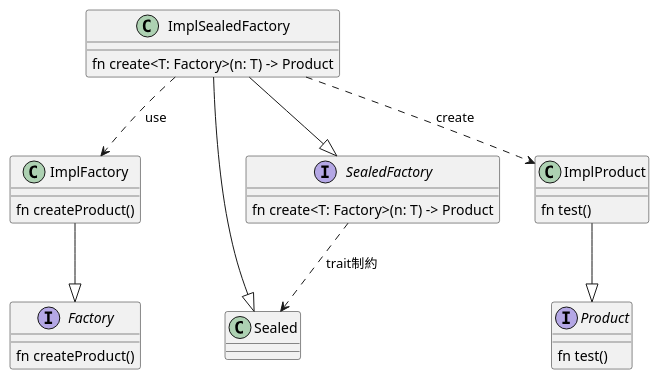
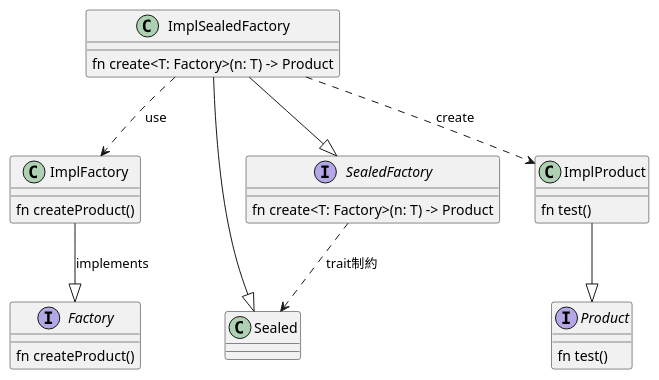
One commit to takinaga-dev/design_pattern changed the diagram in factory_method/class.pu. Above: the diagram before and after it, drawn with PlantUML. The commit also changed 2 other files, not shown here.

Commit message:
Factory Method説明の追加

```diff
--- a/factory_method/class.pu
+++ b/factory_method/class.pu
@@ -1,31 +1,31 @@
 @startuml
 interface Factory {
   fn createProduct()
 }
 interface SealedFactory {
   fn create<T: Factory>(n: T) -> Product 
 }
 interface Product {
   fn test()
 }
 
 class ImplFactory {
   fn createProduct()
 }
 
 class ImplProduct {
   fn test()
 }
 
 class ImplSealedFactory {
   fn create<T: Factory>(n: T) -> Product 
 }
 
-ImplFactory --|> Factory
+ImplFactory --|> Factory: implements
 SealedFactory ..> Sealed : trait制約
 ImplSealedFactory --|> SealedFactory
 ImplSealedFactory --|> Sealed
 ImplProduct --|> Product
 ImplSealedFactory ..> ImplFactory : use
 ImplSealedFactory ..> ImplProduct : create
 @enduml
```
